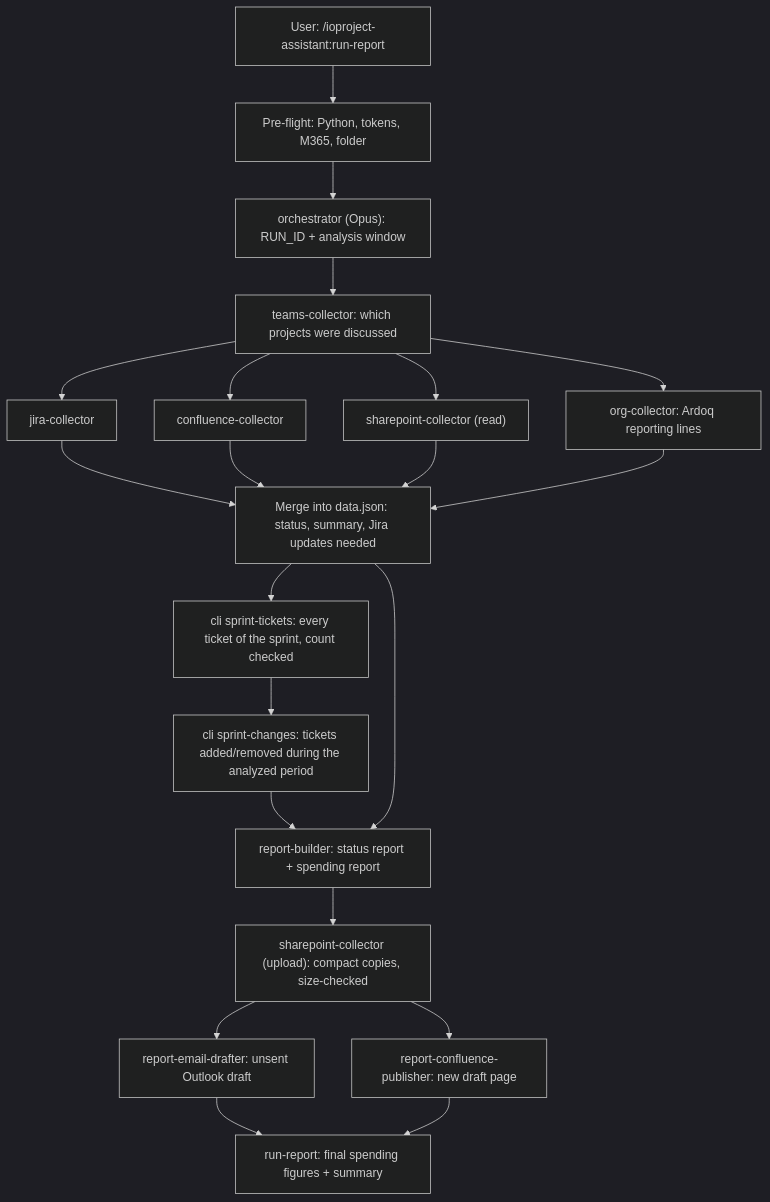
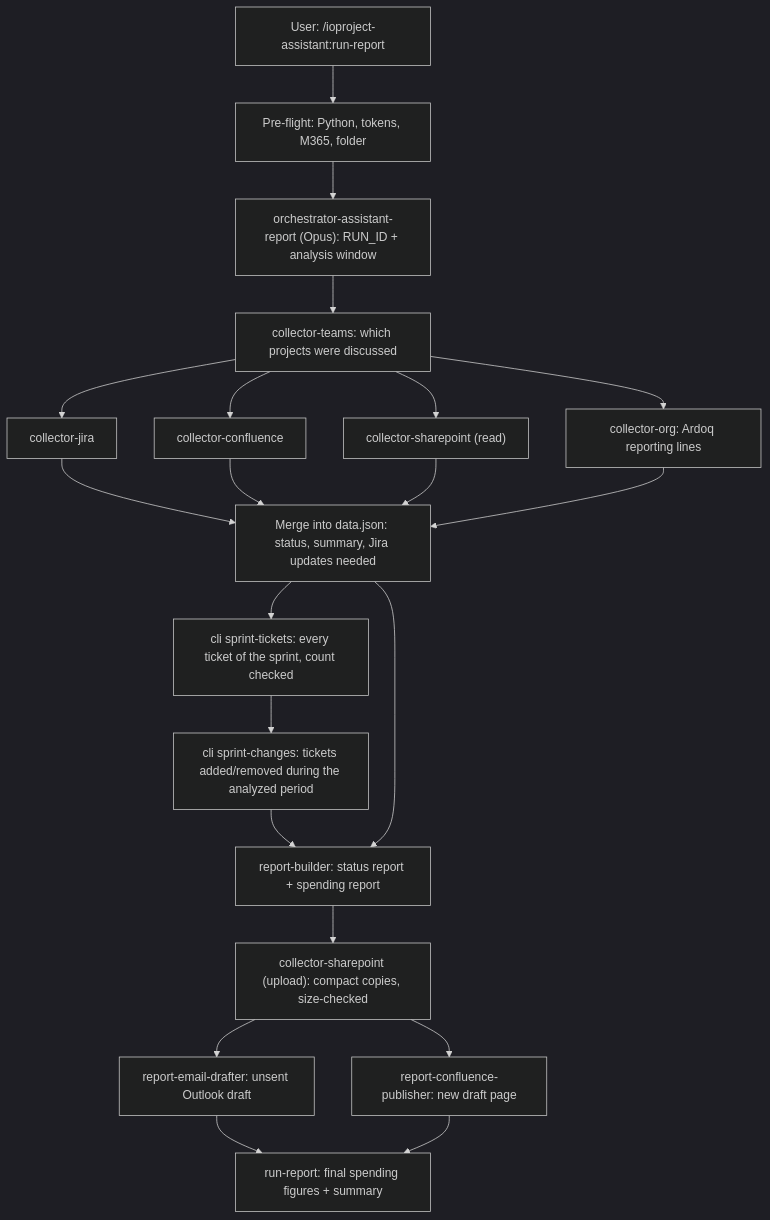
One commit to ig-kul-sec/ioproject-assistant changed the diagram in docs/PLUGIN_GUIDE.md. Above: the diagram before and after it, drawn with Mermaid (dark theme). The commit also changed other lines of this file and 33 other files, not shown here.

````diff
--- a/docs/PLUGIN_GUIDE.md
+++ b/docs/PLUGIN_GUIDE.md
@@ -397,23 +414,23 @@
 ```mermaid
 flowchart TD
     U["User: /ioproject-assistant:run-report"] --> PF["Pre-flight: Python, tokens, M365, folder"]
-    PF --> O["orchestrator (Opus): RUN_ID + analysis window"]
-    O --> T["teams-collector: which projects were discussed"]
-    T --> J["jira-collector"]
-    T --> C["confluence-collector"]
-    T --> S["sharepoint-collector (read)"]
-    T --> OC["org-collector: Ardoq reporting lines"]
+    PF --> O["orchestrator-assistant-report (Opus): RUN_ID + analysis window"]
+    O --> T["collector-teams: which projects were discussed"]
+    T --> J["collector-jira"]
+    T --> C["collector-confluence"]
+    T --> S["collector-sharepoint (read)"]
+    T --> OC["collector-org: Ardoq reporting lines"]
     J --> M["Merge into data.json: status, summary, Jira updates needed"]
     C --> M
     S --> M
     OC --> M
     M --> ST["cli sprint-tickets: every ticket of the sprint, count checked"]
     ST --> SC["cli sprint-changes: tickets added/removed during the analyzed period"]
     SC --> RB
     M --> RB["report-builder: status report + spending report"]
-    RB --> UP["sharepoint-collector (upload): compact copies, size-checked"]
+    RB --> UP["collector-sharepoint (upload): compact copies, size-checked"]
     UP --> E["report-email-drafter: unsent Outlook draft"]
     UP --> CF["report-confluence-publisher: new draft page"]
     E --> F["run-report: final spending figures + summary"]
     CF --> F
 ```
````
